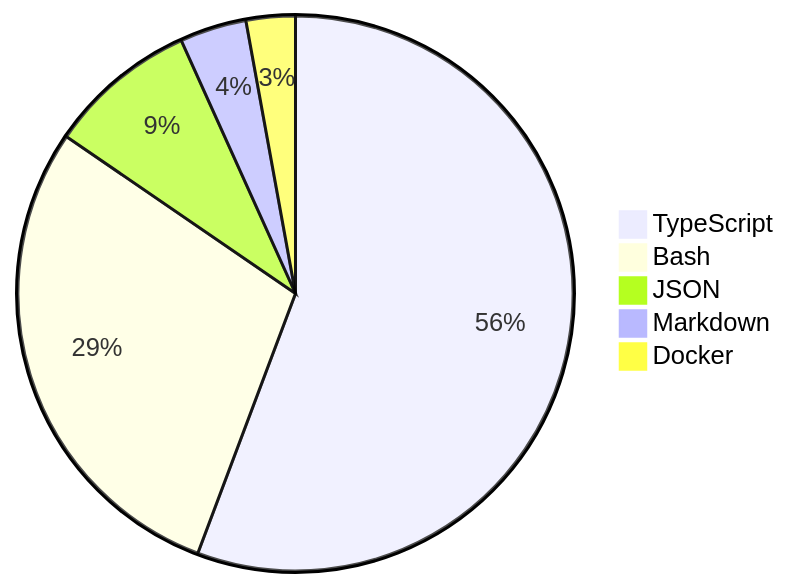
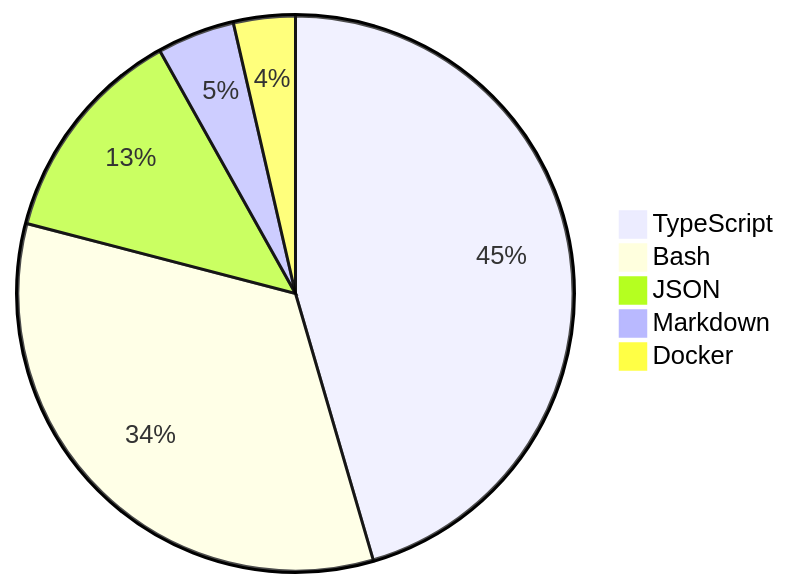
The diagram in README.md (skvggor/skvggor), drawn with Mermaid before and after one commit.

Commit message:
Updated waka-readme graph with new metrics

````diff
--- a/README.md
+++ b/README.md
@@ -28,8 +28,8 @@
 ```mermaid
 pie
-    "TypeScript" : 54.5
-    "Bash" : 28.2
-    "JSON" : 8.5
-    "Markdown" : 3.8
-    "Docker" : 2.8
+    "TypeScript" : 44.3
+    "Bash" : 32.7
+    "JSON" : 12.5
+    "Markdown" : 4.4
+    "Docker" : 3.5
 ```
````
